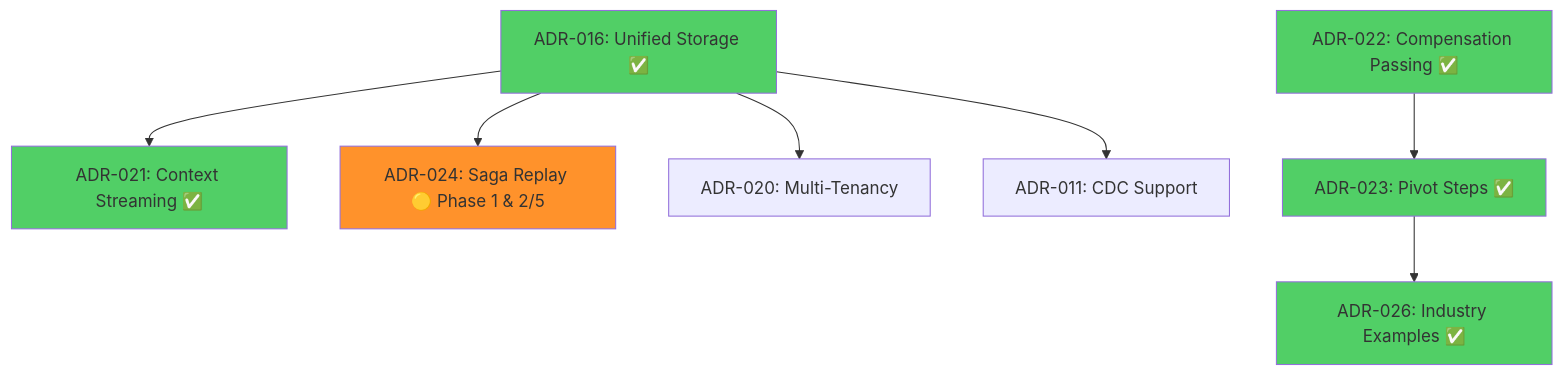
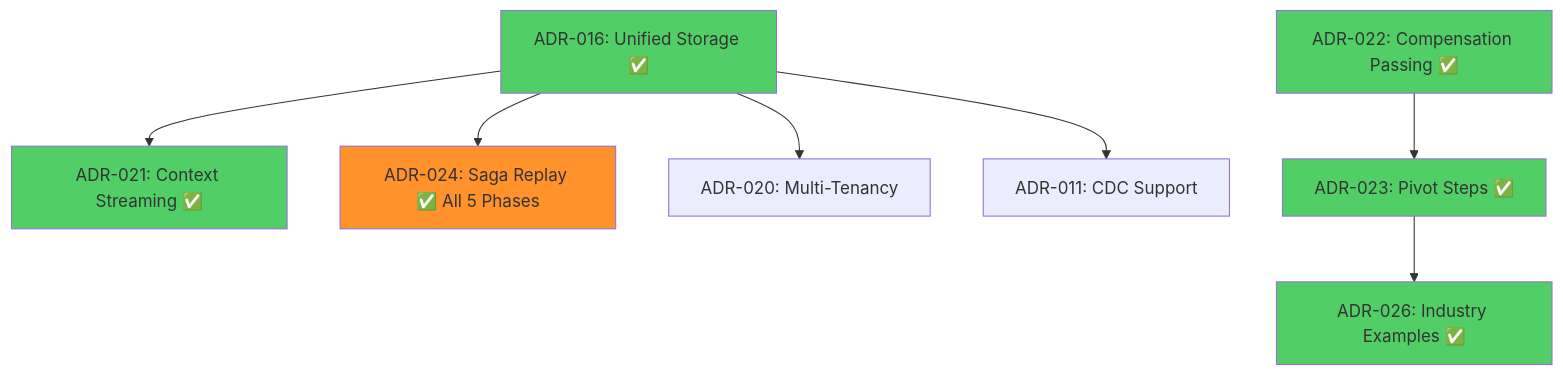
The first of 2 diagrams in docs/architecture/adr-roadmap-dependencies.md (brunolnetto/sagaz), drawn with Mermaid before and after one commit. The commit also changed other lines of this file and 3 other files, not shown here.

First line of the commit message:
docs: Update ADR-024 status to COMPLETE (All 5 Phases)

````diff
--- a/docs/architecture/adr-roadmap-dependencies.md
+++ b/docs/architecture/adr-roadmap-dependencies.md
@@ -46,17 +46,17 @@
 ```mermaid
 graph TD
     ADR016[ADR-016: Unified Storage ✅] --> ADR021[ADR-021: Context Streaming ✅]
-    ADR016 --> ADR024[ADR-024: Saga Replay 🟡 Phase 1 & 2/5]
+    ADR016 --> ADR024[ADR-024: Saga Replay ✅ All 5 Phases]
     ADR016 --> ADR020[ADR-020: Multi-Tenancy]
     ADR016 --> ADR011[ADR-011: CDC Support]
     
     ADR022[ADR-022: Compensation Passing ✅] --> ADR023[ADR-023: Pivot Steps ✅]
     ADR023 --> ADR026[ADR-026: Industry Examples ✅]
     
     style ADR016 fill:#51cf66
     style ADR022 fill:#51cf66
     style ADR023 fill:#51cf66
     style ADR026 fill:#51cf66
     style ADR021 fill:#51cf66
     style ADR024 fill:#ff922b
 ```
````
